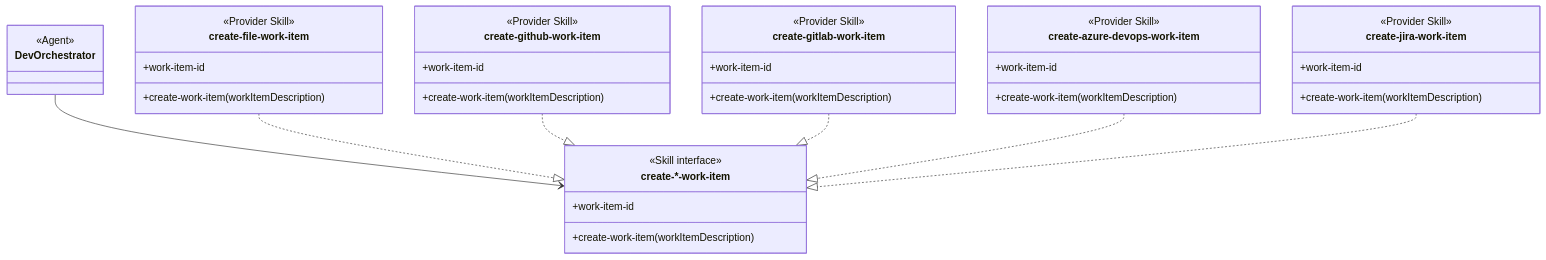
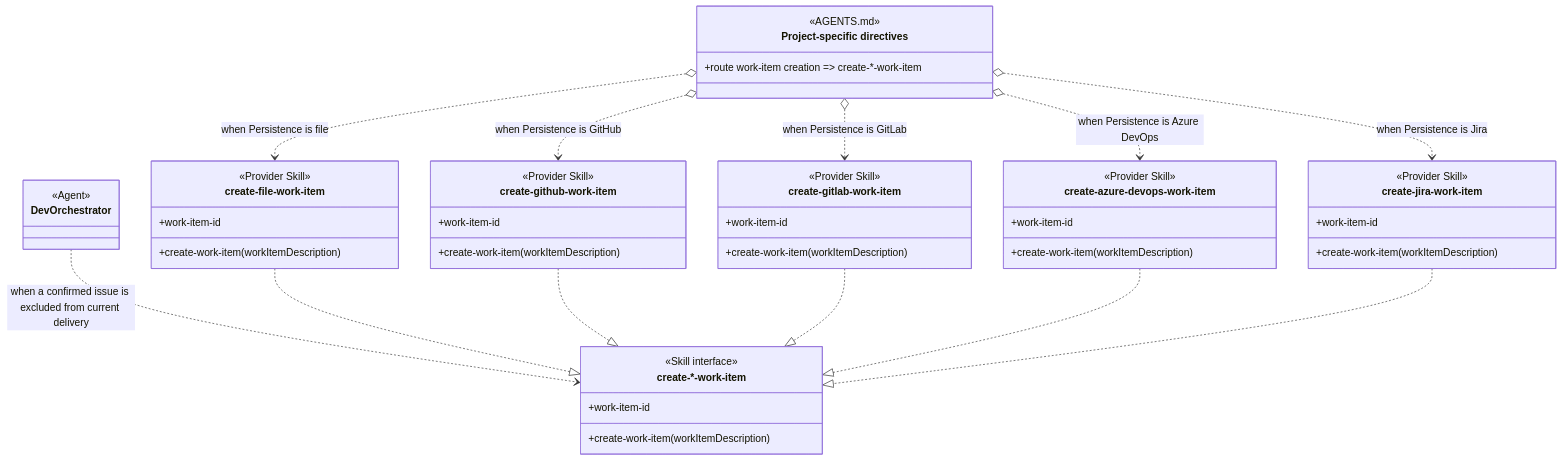
Before and after one commit to martinbechard/dev-methodology: the second of 6 diagrams in design/skill-groups/concurrent-tasking.md, drawn with Mermaid. The commit also changed other lines of this file, not shown here.

````diff
--- a/design/skill-groups/concurrent-tasking.md
+++ b/design/skill-groups/concurrent-tasking.md
@@ -99,56 +101,67 @@
 ```mermaid
 classDiagram
     direction TB
 
     class DevOrchestrator {
         <<Agent>>
     }
 
     class CreateWorkItem["create-*-work-item"] {
         <<Skill interface>>
         +work-item-id
         +create-work-item(workItemDescription)
+    }
+
+    class project-specific-directives["Project-specific directives"] {
+        <<AGENTS.md>>
+        <<routing>>
+        +route work-item creation => create-*-work-item
     }
 
     class create-file-work-item {
         <<Provider Skill>>
         <<Cross-group>>
         +work-item-id
         +create-work-item(workItemDescription)
     }
 
     class create-github-work-item {
         <<Provider Skill>>
         <<Cross-group>>
         +work-item-id
         +create-work-item(workItemDescription)
     }
 
     class create-gitlab-work-item {
         <<Provider Skill>>
         <<Cross-group>>
         +work-item-id
         +create-work-item(workItemDescription)
     }
 
     class create-azure-devops-work-item {
         <<Provider Skill>>
         <<Cross-group>>
         +work-item-id
         +create-work-item(workItemDescription)
     }
 
     class create-jira-work-item {
         <<Provider Skill>>
         <<Cross-group>>
         +work-item-id
         +create-work-item(workItemDescription)
     }
 
-    DevOrchestrator --> CreateWorkItem
+    DevOrchestrator ..> CreateWorkItem : when a confirmed issue is excluded from current delivery
+    project-specific-directives o..> create-file-work-item : when Persistence is file
+    project-specific-directives o..> create-github-work-item : when Persistence is GitHub
+    project-specific-directives o..> create-gitlab-work-item : when Persistence is GitLab
+    project-specific-directives o..> create-azure-devops-work-item : when Persistence is Azure DevOps
+    project-specific-directives o..> create-jira-work-item : when Persistence is Jira
     create-file-work-item ..|> CreateWorkItem
     create-github-work-item ..|> CreateWorkItem
     create-gitlab-work-item ..|> CreateWorkItem
     create-azure-devops-work-item ..|> CreateWorkItem
     create-jira-work-item ..|> CreateWorkItem
 ```
````
